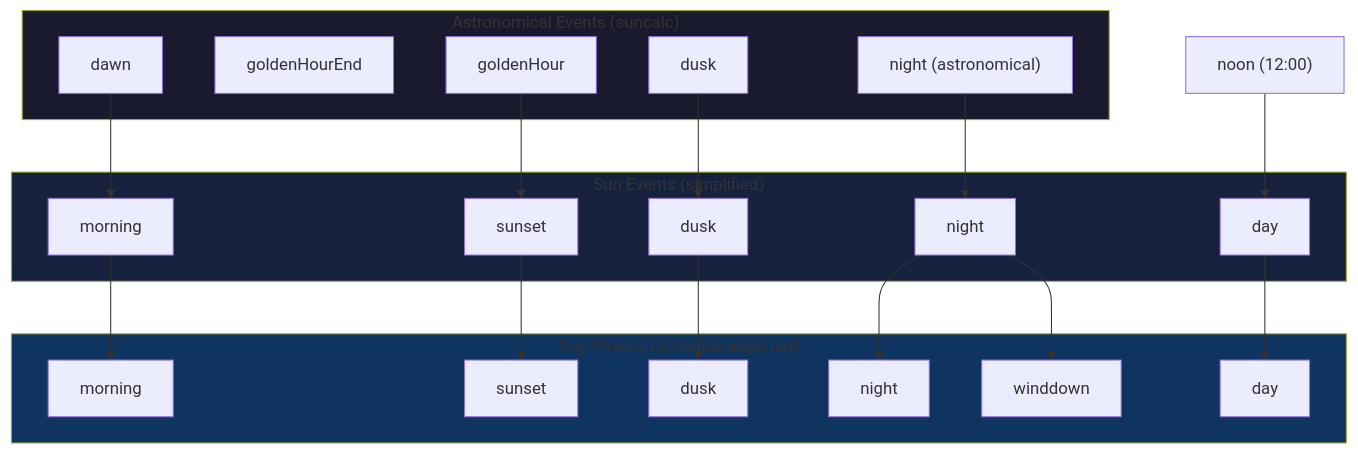
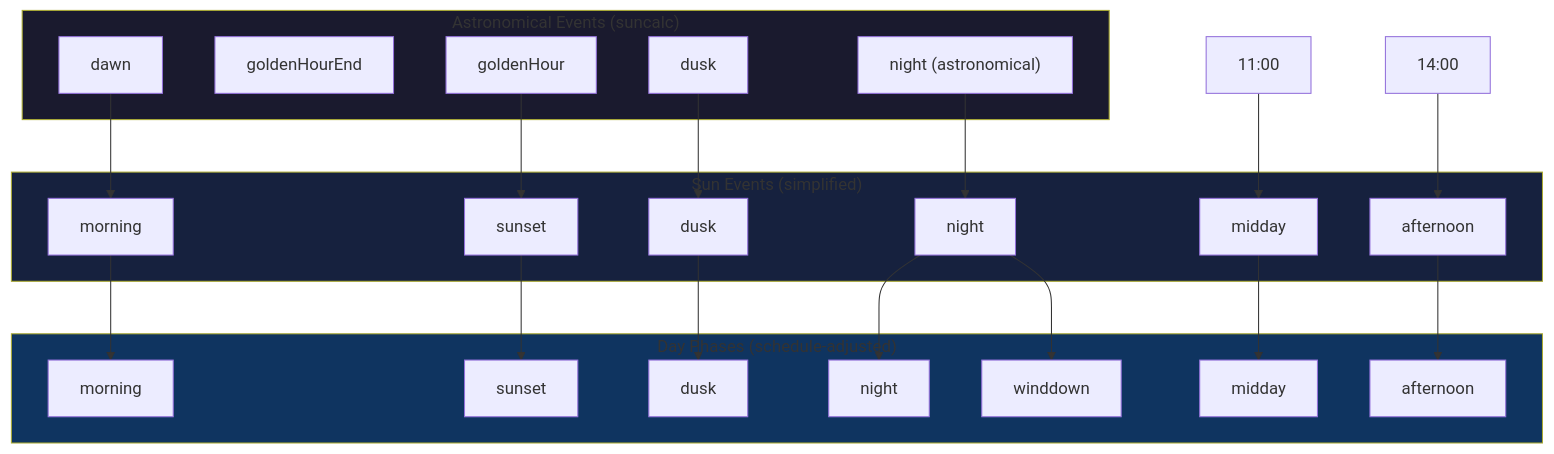
The first of 6 diagrams in docs/flows/DAY_PHASE_MODES.md (NickBorgers/home-automation), drawn with Mermaid before and after one commit. The commit also changed other lines of this file and 12 other files, not shown here.

First line of the commit message:
feat(dayphase): Add midday and afternoon phases

````diff
--- a/docs/flows/DAY_PHASE_MODES.md
+++ b/docs/flows/DAY_PHASE_MODES.md
@@ -14,44 +14,48 @@
 ```mermaid
 flowchart TB
     subgraph Astronomical["Astronomical Events (suncalc)"]
         dawn["dawn"]
         goldenHourEnd["goldenHourEnd"]
         goldenHour["goldenHour"]
         dusk["dusk"]
         night["night (astronomical)"]
     end
 
     subgraph SunEvents["Sun Events (simplified)"]
         SE_night["night"]
         SE_morning["morning"]
-        SE_day["day"]
+        SE_midday["midday"]
+        SE_afternoon["afternoon"]
         SE_sunset["sunset"]
         SE_dusk["dusk"]
     end
 
     subgraph DayPhases["Day Phases (schedule-adjusted)"]
         DP_night["night"]
         DP_morning["morning"]
-        DP_day["day"]
+        DP_midday["midday"]
+        DP_afternoon["afternoon"]
         DP_sunset["sunset"]
         DP_dusk["dusk"]
         DP_winddown["winddown"]
     end
 
     dawn --> SE_morning
-    noon["noon (12:00)"] --> SE_day
+    eleven["11:00"] --> SE_midday
+    fourteen["14:00"] --> SE_afternoon
     goldenHour --> SE_sunset
     dusk --> SE_dusk
     night --> SE_night
 
     SE_night --> DP_night
     SE_morning --> DP_morning
-    SE_day --> DP_day
+    SE_midday --> DP_midday
+    SE_afternoon --> DP_afternoon
     SE_sunset --> DP_sunset
     SE_dusk --> DP_dusk
     SE_night --> DP_winddown
 
     style Astronomical fill:#1a1a2e
     style SunEvents fill:#16213e
     style DayPhases fill:#0f3460
 ```
````
